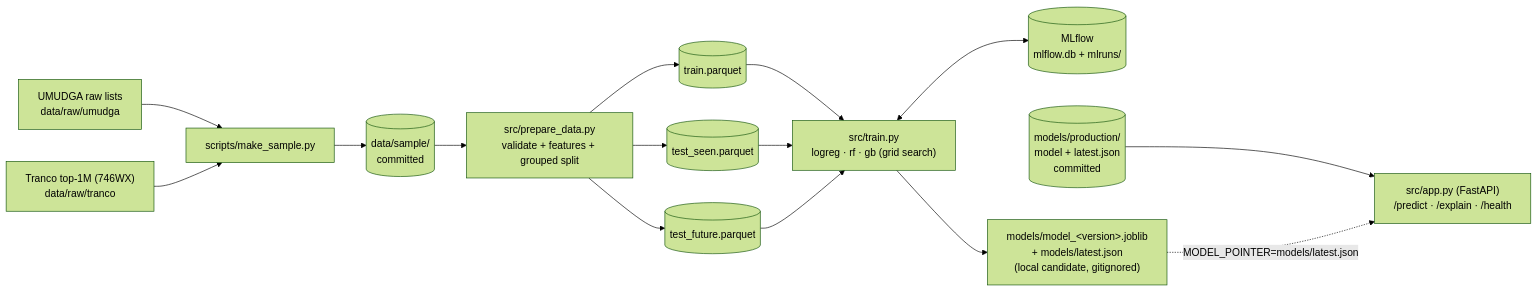
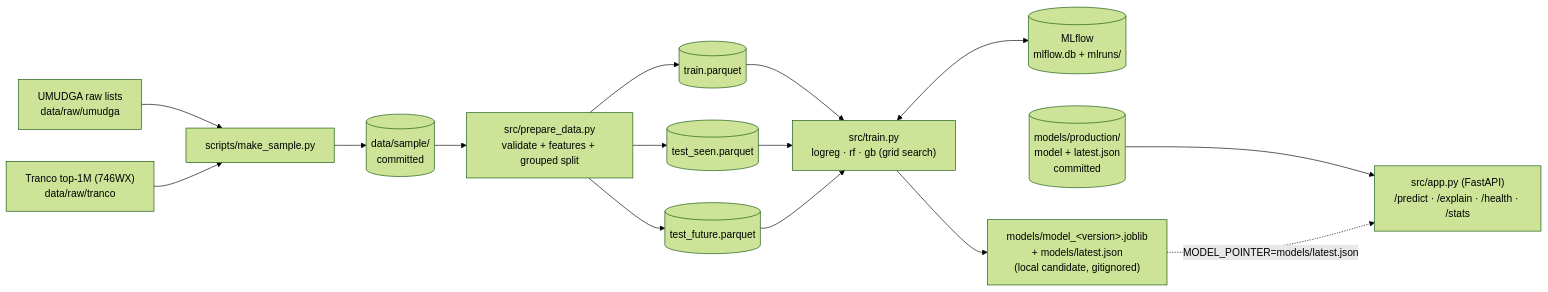
One commit to Piranchall/DGAlert changed the diagram in README.md. Above: the diagram before and after it, drawn with Mermaid (forest theme). The commit also changed other lines of this file, not shown here.

Commit message:
docs: add endpoint table and /stats section to the README

````diff
--- a/README.md
+++ b/README.md
@@ -24,17 +24,17 @@
 ```mermaid
 flowchart LR
     U["UMUDGA raw lists<br/>data/raw/umudga"] --> MS["scripts/make_sample.py"]
     T["Tranco top-1M (746WX)<br/>data/raw/tranco"] --> MS
     MS --> S[("data/sample/<br/>committed")]
     S --> P["src/prepare_data.py<br/>validate + features + grouped split"]
     P --> TR[("train.parquet")]
     P --> TS[("test_seen.parquet")]
     P --> TF[("test_future.parquet")]
     TR --> TN["src/train.py<br/>logreg · rf · gb (grid search)"]
     TS --> TN
     TF --> TN
     TN <--> ML[("MLflow<br/>mlflow.db + mlruns/")]
     TN --> M["models/model_&lt;version&gt;.joblib<br/>+ models/latest.json<br/>(local candidate, gitignored)"]
-    PR[("models/production/<br/>model + latest.json<br/>committed")] --> API["src/app.py (FastAPI)<br/>/predict · /explain · /health"]
+    PR[("models/production/<br/>model + latest.json<br/>committed")] --> API["src/app.py (FastAPI)<br/>/predict · /explain · /health · /stats"]
     M -. "MODEL_POINTER=models/latest.json" .-> API
 ```
````
